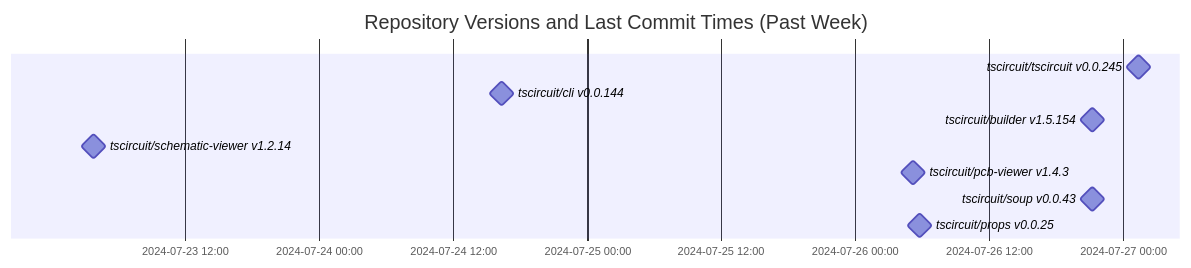
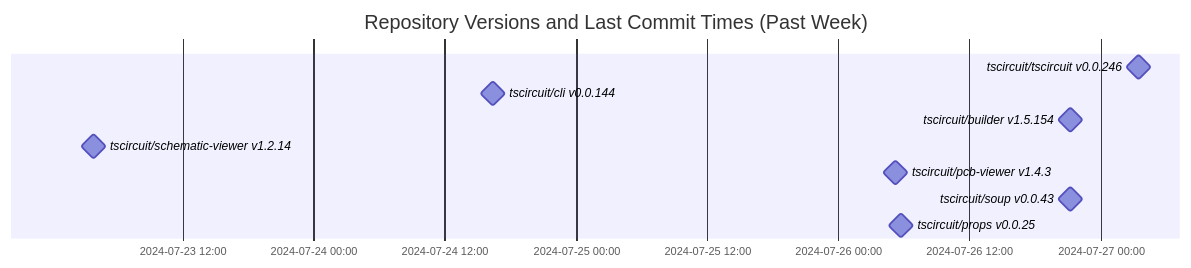
One commit to tscircuit/version-tracker changed the diagram in README.md. Above: the diagram before and after it, drawn with Mermaid.

Commit message:
Update chart

````diff
--- a/README.md
+++ b/README.md
@@ -1,14 +1,14 @@
 ```mermaid
 gantt
   dateFormat  YYYY-MM-DD HH:mm:ss
   title Repository Versions and Last Commit Times (Past Week)
   axisFormat %Y-%m-%d %H:%M
 
-  tscircuit/tscircuit v0.0.245 : milestone, 2024-07-27 01:21:28, 1s
+  tscircuit/tscircuit v0.0.246 : milestone, 2024-07-27 03:27:02, 1s
   tscircuit/cli v0.0.144 : milestone, 2024-07-24 16:24:13, 1s
   tscircuit/builder v1.5.154 : milestone, 2024-07-26 21:12:36, 1s
   tscircuit/schematic-viewer v1.2.14 : milestone, 2024-07-23 03:50:56, 1s
   tscircuit/pcb-viewer v1.4.3 : milestone, 2024-07-26 05:10:56, 1s
   tscircuit/soup v0.0.43 : milestone, 2024-07-26 21:15:18, 1s
   tscircuit/props v0.0.25 : milestone, 2024-07-26 05:44:11, 1s
 ```
````
